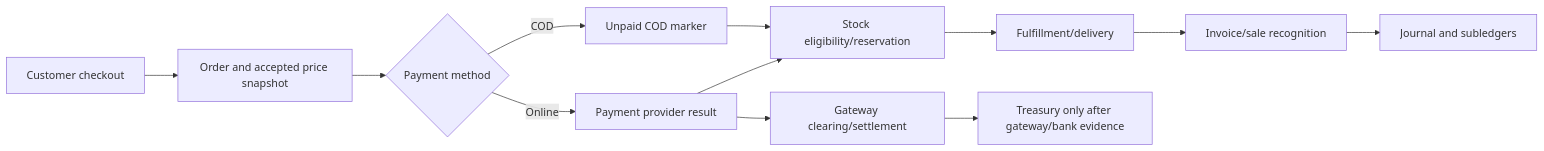
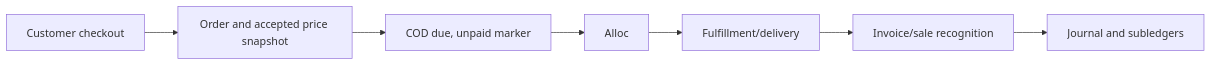
The sixth of 10 diagrams in docs/phase-6/01-integrated-erp-architecture-and-roadmap.md (suvedisudip45-dev/JiyaCollections), drawn with Mermaid before and after one commit. The commit also changed other lines of this file and 45 other files, not shown here.

````diff
--- a/docs/phase-6/01-integrated-erp-architecture-and-roadmap.md
+++ b/docs/phase-6/01-integrated-erp-architecture-and-roadmap.md
@@ -490,14 +491,9 @@
 ```mermaid
 flowchart LR
     C[Customer checkout] --> O[Order and accepted price snapshot]
-    O --> Pay{Payment method}
-    Pay -->|Online| P[Payment provider result]
-    Pay -->|COD| COD[Unpaid COD marker]
-    P --> Alloc[Stock eligibility/reservation]
+    O --> COD[COD due, unpaid marker]
     COD --> Alloc
     Alloc --> F[Fulfillment/delivery]
     F --> Inv[Invoice/sale recognition]
-    P --> R[Gateway clearing/settlement]
     Inv --> GL[Journal and subledgers]
-    R --> Treasury[Treasury only after gateway/bank evidence]
 ```
````
